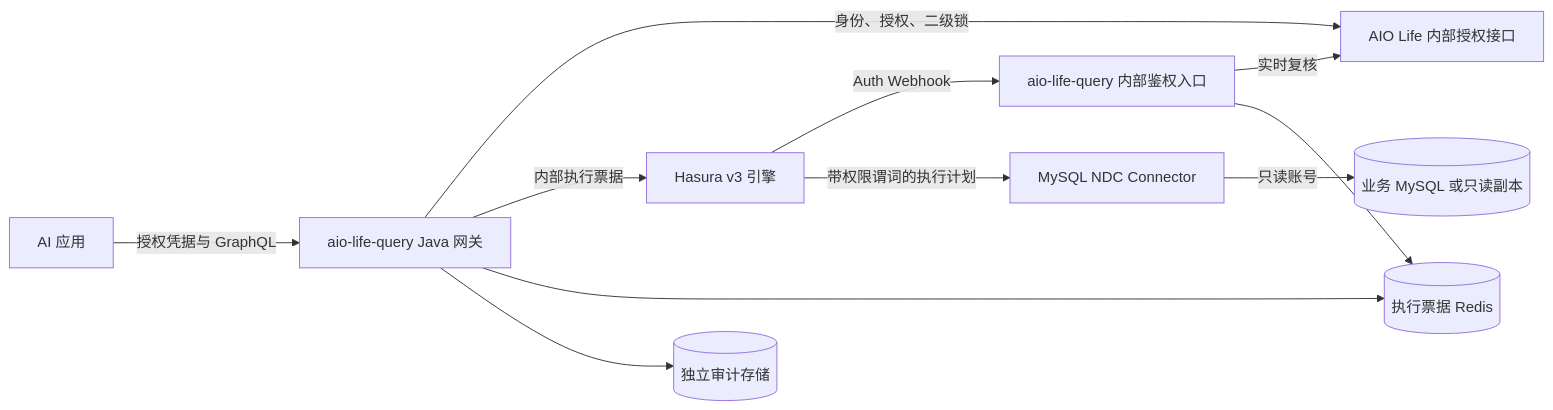
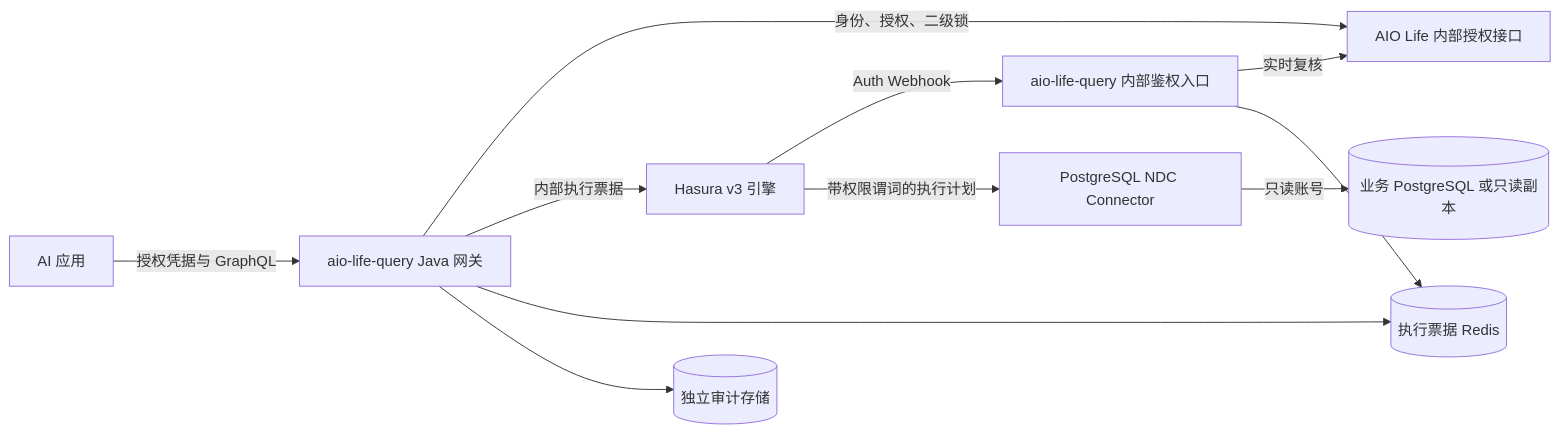
The diagram in docs/需求/AIO Life Query 智能数据查询服务需求方案.md (lys1313013/aio-life), drawn with Mermaid before and after one commit. The commit also changed other lines of this file and 21 other files, not shown here.

````diff
--- a/docs/需求/AIO Life Query 智能数据查询服务需求方案.md
+++ b/docs/需求/AIO Life Query 智能数据查询服务需求方案.md
@@ -68,13 +68,13 @@
 ```mermaid
 flowchart LR
     AI[AI 应用] -->|授权凭据与 GraphQL| Q[aio-life-query Java 网关]
     Q -->|身份、授权、二级锁| B[AIO Life 内部授权接口]
     Q -->|内部执行票据| H[Hasura v3 引擎]
     H -->|Auth Webhook| W[aio-life-query 内部鉴权入口]
     W -->|实时复核| B
-    H -->|带权限谓词的执行计划| C[MySQL NDC Connector]
-    C -->|只读账号| D[(业务 MySQL 或只读副本)]
+    H -->|带权限谓词的执行计划| C[PostgreSQL NDC Connector]
+    C -->|只读账号| D[(业务 PostgreSQL 或只读副本)]
     Q --> R[(执行票据 Redis)]
     W --> R
     Q --> A[(独立审计存储)]
 ```
````
